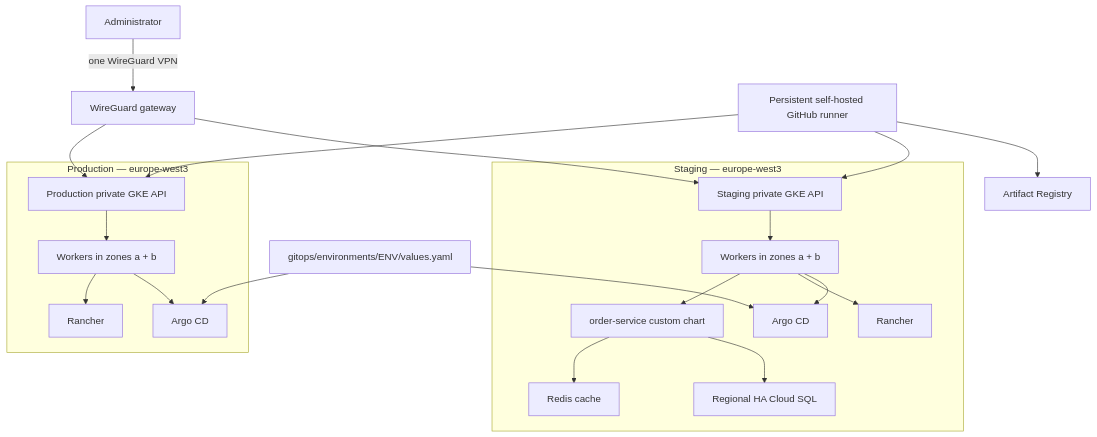
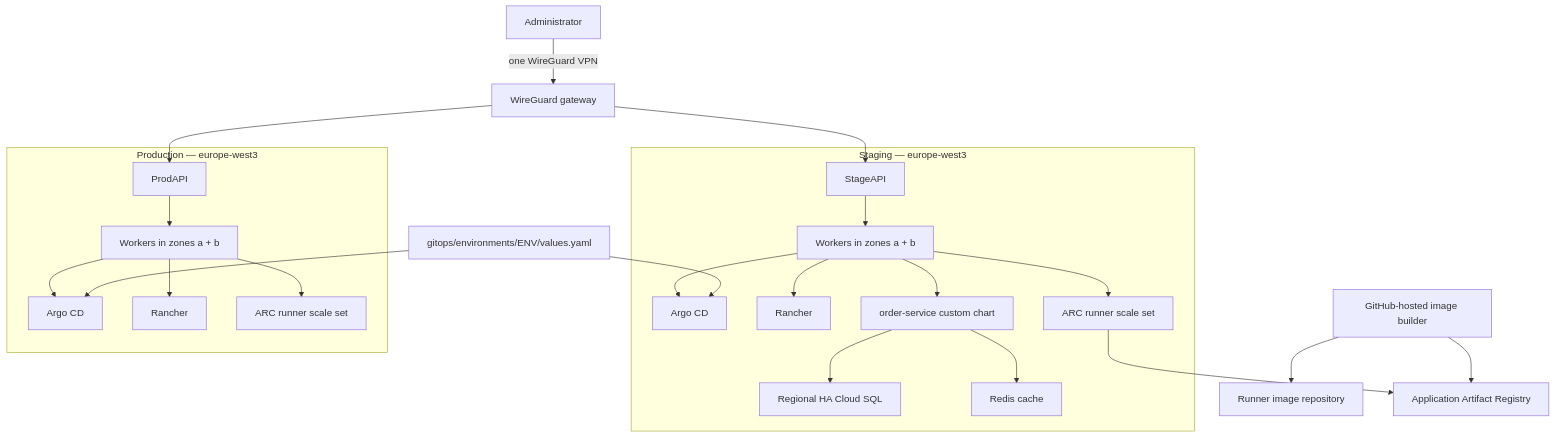
The diagram in README.md (Andarol/Test_Task), drawn with Mermaid before and after one commit. The commit also changed other lines of this file and 27 other files, not shown here.

Commit message:
add self-hosted runner and deployment workflows

````diff
--- a/README.md
+++ b/README.md
@@ -13,27 +14,29 @@
 ```mermaid
 flowchart TB
   Admin["Administrator"] -->|"one WireGuard VPN"| VPN["WireGuard gateway"]
-  Runner["Persistent self-hosted GitHub runner"] --> Registry["Artifact Registry"]
-  Runner --> StageAPI["Staging private GKE API"]
-  Runner --> ProdAPI["Production private GKE API"]
+  Builder["GitHub-hosted image builder"] --> RunnerRegistry["Runner image repository"]
   VPN --> StageAPI
   VPN --> ProdAPI
 
   subgraph Staging["Staging — europe-west3"]
     StageAPI --> StageWorkers["Workers in zones a + b"]
     StageWorkers --> StageArgo["Argo CD"]
     StageWorkers --> StageRancher["Rancher"]
+    StageWorkers --> StageARC["ARC runner scale set"]
     StageWorkers --> StageApp["order-service custom chart"]
     StageApp --> StageDB["Regional HA Cloud SQL"]
     StageApp --> StageRedis["Redis cache"]
   end
 
   subgraph Production["Production — europe-west3"]
     ProdAPI --> ProdWorkers["Workers in zones a + b"]
     ProdWorkers --> ProdArgo["Argo CD"]
     ProdWorkers --> ProdRancher["Rancher"]
+    ProdWorkers --> ProdARC["ARC runner scale set"]
   end
 
   Git["gitops/environments/ENV/values.yaml"] --> StageArgo
   Git --> ProdArgo
+  StageARC --> Registry["Application Artifact Registry"]
+  Builder --> Registry
 ```
````
